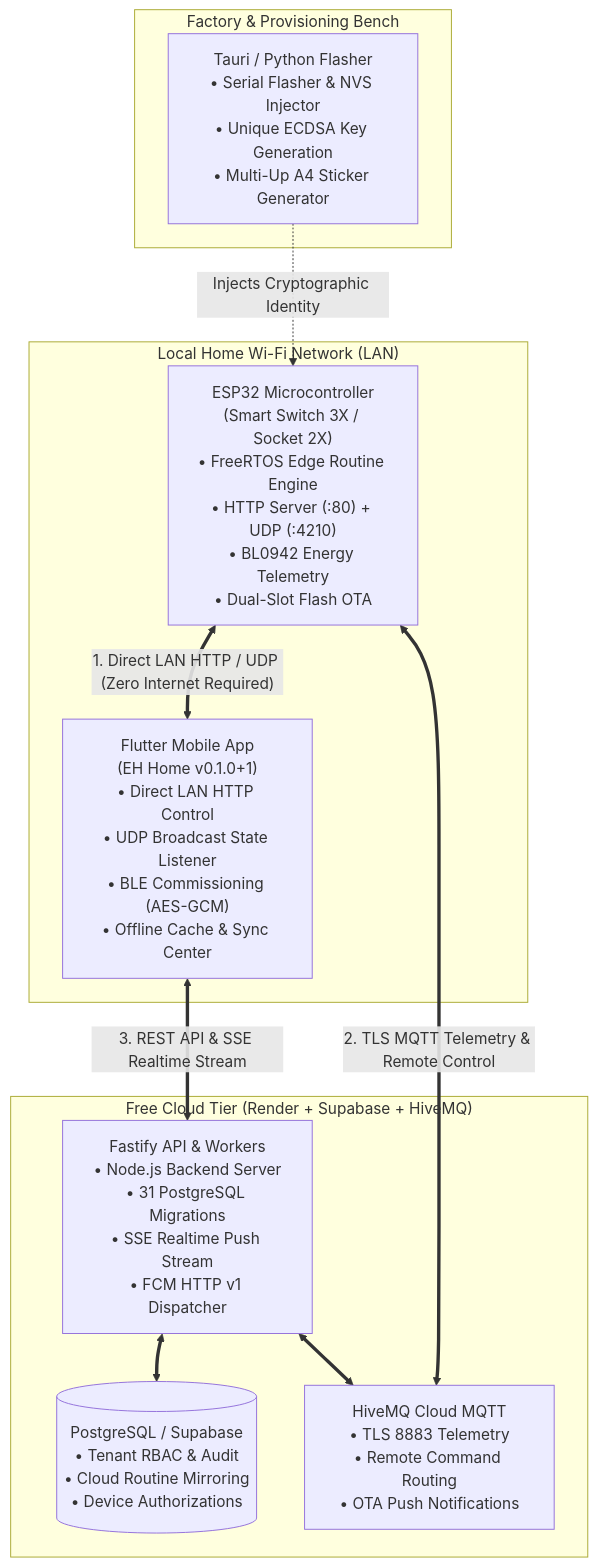
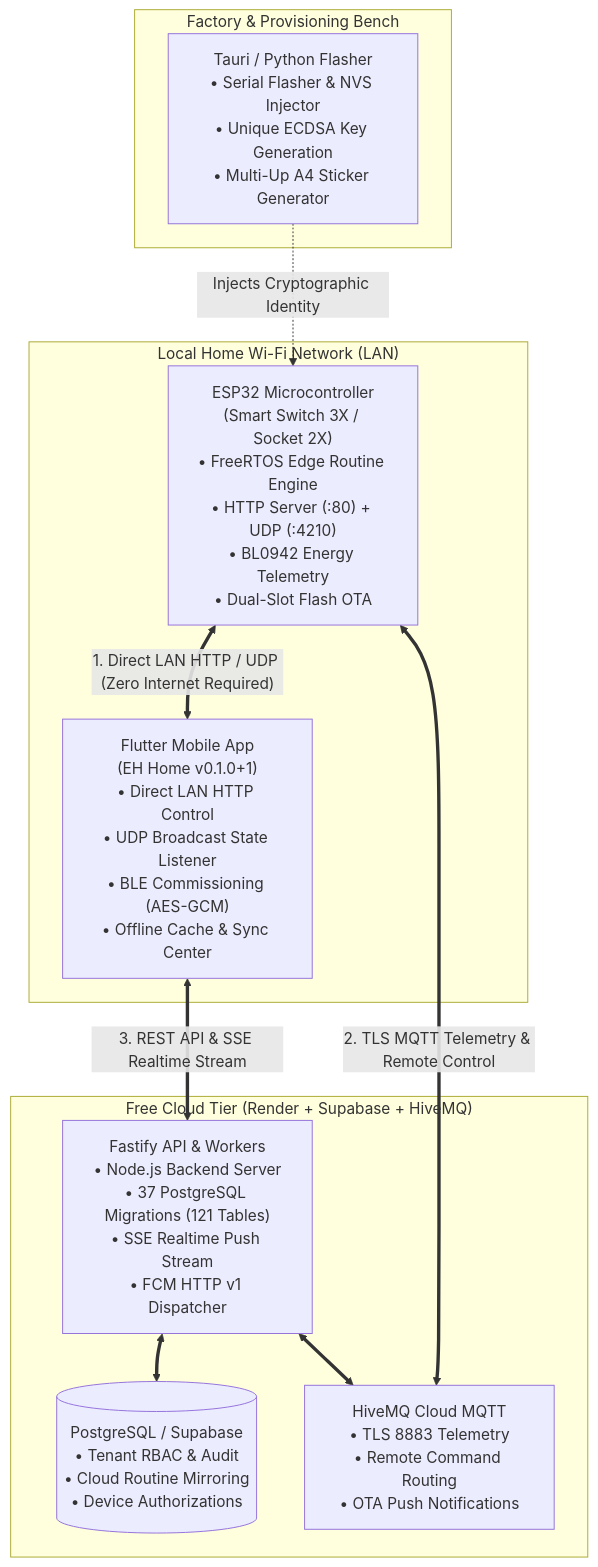
The first of 2 diagrams in docs/architecture/CURRENT_PROJECT_STATUS_GAPS_AND_ROADMAP.md (pavan-firmware/EH-Master-Repo), drawn with Mermaid before and after one commit. The commit also changed other lines of this file and 100 other files, not shown here.

First line of the commit message:
feat(phase50): PostgreSQL Schema Primary Key Alignment, WHATWG URL Modernization & Asset Tracking Cleanup (#60)

````diff
--- a/docs/architecture/CURRENT_PROJECT_STATUS_GAPS_AND_ROADMAP.md
+++ b/docs/architecture/CURRENT_PROJECT_STATUS_GAPS_AND_ROADMAP.md
@@ -28,24 +28,24 @@
 ```mermaid
 flowchart TD
     subgraph Local_Home_Network ["Local Home Wi-Fi Network (LAN)"]
         ESP["ESP32 Microcontroller<br/>(Smart Switch 3X / Socket 2X)<br/>• FreeRTOS Edge Routine Engine<br/>• HTTP Server (:80) + UDP (:4210)<br/>• BL0942 Energy Telemetry<br/>• Dual-Slot Flash OTA"]
         Phone["Flutter Mobile App<br/>(EH Home v0.1.0+1)<br/>• Direct LAN HTTP Control<br/>• UDP Broadcast State Listener<br/>• BLE Commissioning (AES-GCM)<br/>• Offline Cache & Sync Center"]
     end
 
     subgraph Free_Cloud_Tier ["Free Cloud Tier (Render + Supabase + HiveMQ)"]
-        Backend["Fastify API & Workers<br/>• Node.js Backend Server<br/>• 31 PostgreSQL Migrations<br/>• SSE Realtime Push Stream<br/>• FCM HTTP v1 Dispatcher"]
+        Backend["Fastify API & Workers<br/>• Node.js Backend Server<br/>• 37 PostgreSQL Migrations (121 Tables)<br/>• SSE Realtime Push Stream<br/>• FCM HTTP v1 Dispatcher"]
         DB[(PostgreSQL / Supabase<br/>• Tenant RBAC & Audit<br/>• Cloud Routine Mirroring<br/>• Device Authorizations)]
         MQTT["HiveMQ Cloud MQTT<br/>• TLS 8883 Telemetry<br/>• Remote Command Routing<br/>• OTA Push Notifications"]
     end
 
     subgraph Manufacturing_Bench ["Factory & Provisioning Bench"]
         Desktop["Tauri / Python Flasher<br/>• Serial Flasher & NVS Injector<br/>• Unique ECDSA Key Generation<br/>• Multi-Up A4 Sticker Generator"]
     end
 
     ESP <== "1. Direct LAN HTTP / UDP (Zero Internet Required)" ==> Phone
     ESP <== "2. TLS MQTT Telemetry & Remote Control" ==> MQTT
     Phone <== "3. REST API & SSE Realtime Stream" ==> Backend
     Backend <==> DB
     Backend <==> MQTT
     Desktop -. "Injects Cryptographic Identity" .-> ESP
 ```
````
